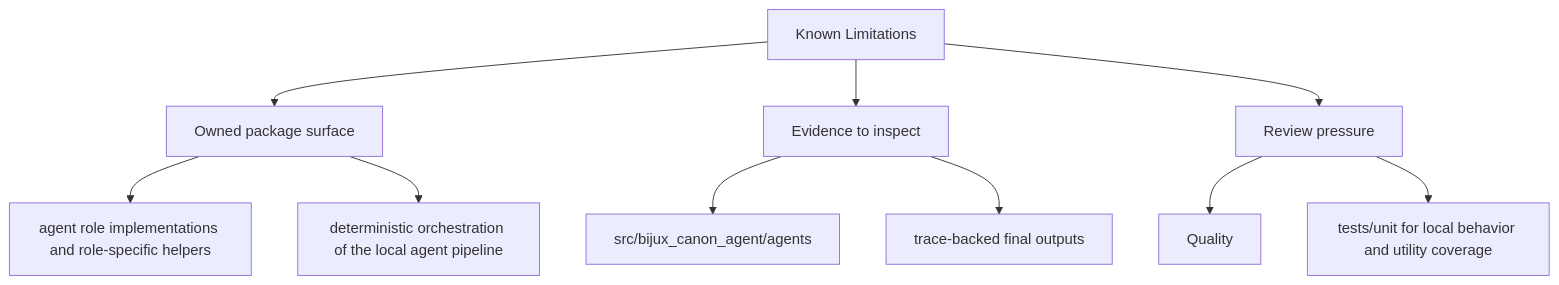
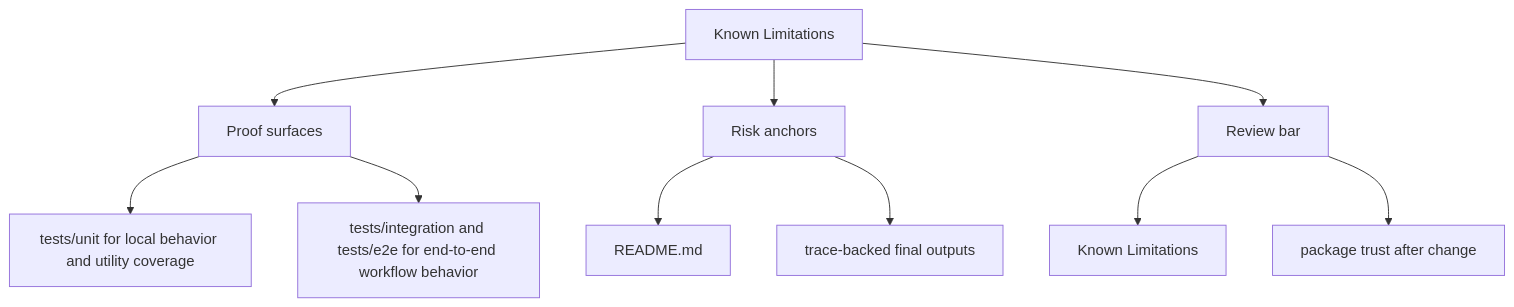
Before and after one commit to bijux/bijux-canon: the second of 2 diagrams in docs/bijux-canon-agent/quality/known-limitations.md, drawn with Mermaid. The commit also changed other lines of this file and 250 other files, not shown here.

Commit message:
docs(diagrams): make product page maps more readable

````diff
--- a/docs/bijux-canon-agent/quality/known-limitations.md
+++ b/docs/bijux-canon-agent/quality/known-limitations.md
@@ -34,22 +34,22 @@
 ```mermaid
 flowchart TD
     page["Known Limitations"]
-    focus1["Owned package surface"]
+    focus1["Proof surfaces"]
     page --> focus1
-    focus1_1["agent role implementations and role-specific helpers"]
+    focus1_1["tests/unit for local behavior and utility coverage"]
     focus1 --> focus1_1
-    focus1_2["deterministic orchestration of the local agent pipeline"]
+    focus1_2["tests/integration and tests/e2e for end-to-end workflow behavior"]
     focus1 --> focus1_2
-    focus2["Evidence to inspect"]
+    focus2["Risk anchors"]
     page --> focus2
-    focus2_1["src/bijux_canon_agent/agents"]
+    focus2_1["README.md"]
     focus2 --> focus2_1
     focus2_2["trace-backed final outputs"]
     focus2 --> focus2_2
-    focus3["Review pressure"]
+    focus3["Review bar"]
     page --> focus3
-    focus3_1["Quality"]
+    focus3_1["Known Limitations"]
     focus3 --> focus3_1
-    focus3_2["tests/unit for local behavior and utility coverage"]
+    focus3_2["package trust after change"]
     focus3 --> focus3_2
 ```
````
